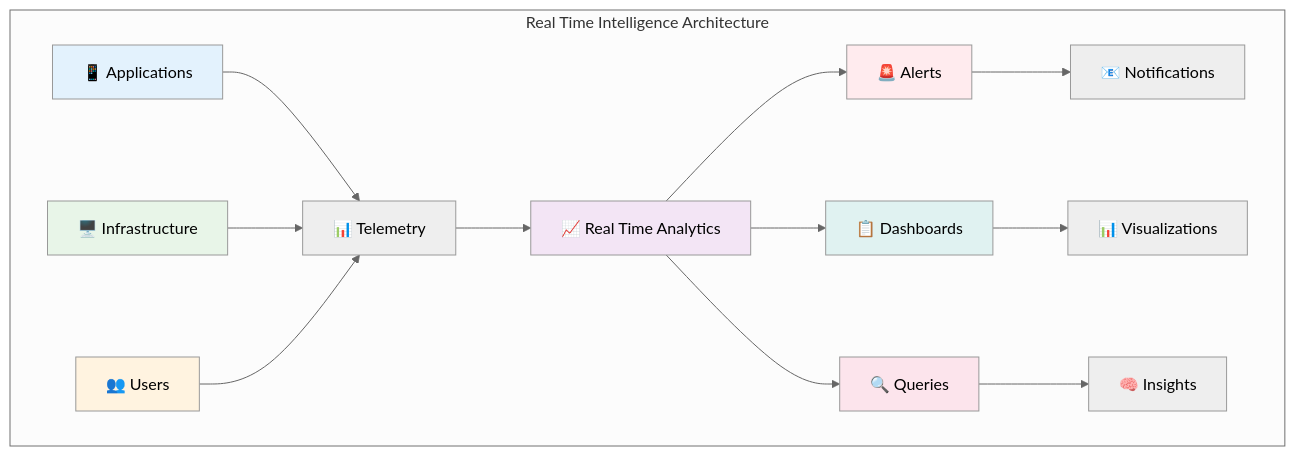
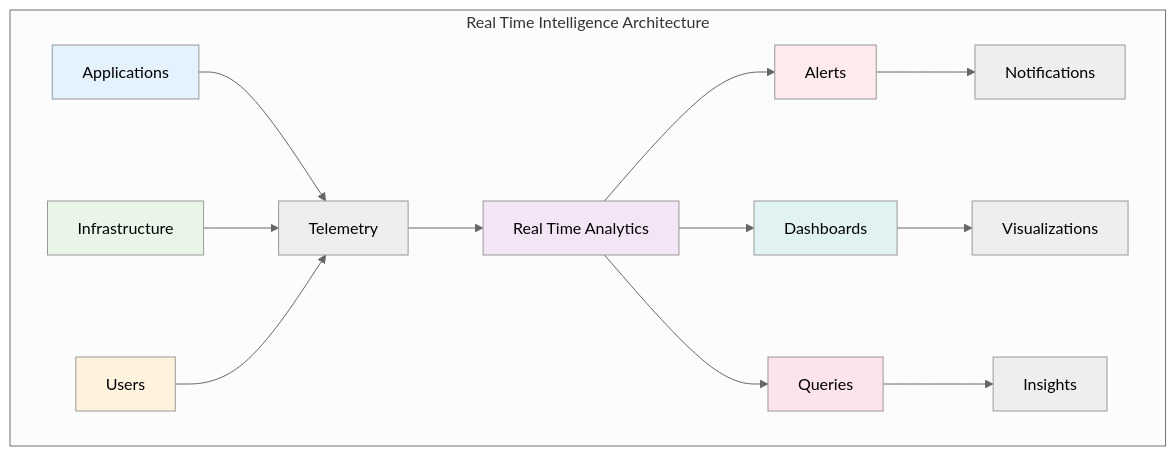
Before and after one commit to kustonaut/kql-cheat-sheet: the sixth of 8 diagrams in KQL-Cheat-Sheet.md, drawn with Mermaid (neutral theme). The commit also changed other lines of this file and 13 other files, not shown here.

````diff
--- a/KQL-Cheat-Sheet.md
+++ b/KQL-Cheat-Sheet.md
@@ -412,25 +704,25 @@
 ```mermaid
 graph TB
     subgraph "Real Time Intelligence Architecture"
-        A[📱 Applications] --> B[📊 Telemetry]
-        C[🖥️ Infrastructure] --> B
-        D[👥 Users] --> B
+        A[Applications] --> B[Telemetry]
+        C[Infrastructure] --> B
+        D[Users] --> B
         
-        B --> E[📈 Real Time Analytics]
-        E --> F[🚨 Alerts]
-        E --> G[📋 Dashboards]
-        E --> H[🔍 Queries]
+        B --> E[Real Time Analytics]
+        E --> F[Alerts]
+        E --> G[Dashboards]
+        E --> H[Queries]
         
-        F --> I[📧 Notifications]
-        G --> J[📊 Visualizations]
-        H --> K[🧠 Insights]
+        F --> I[Notifications]
+        G --> J[Visualizations]
+        H --> K[Insights]
     end
     
     style A fill:#e3f2fd
     style C fill:#e8f5e8
     style D fill:#fff3e0
     style E fill:#f3e5f5
     style F fill:#ffebee
     style G fill:#e0f2f1
     style H fill:#fce4ec
 ```
````
